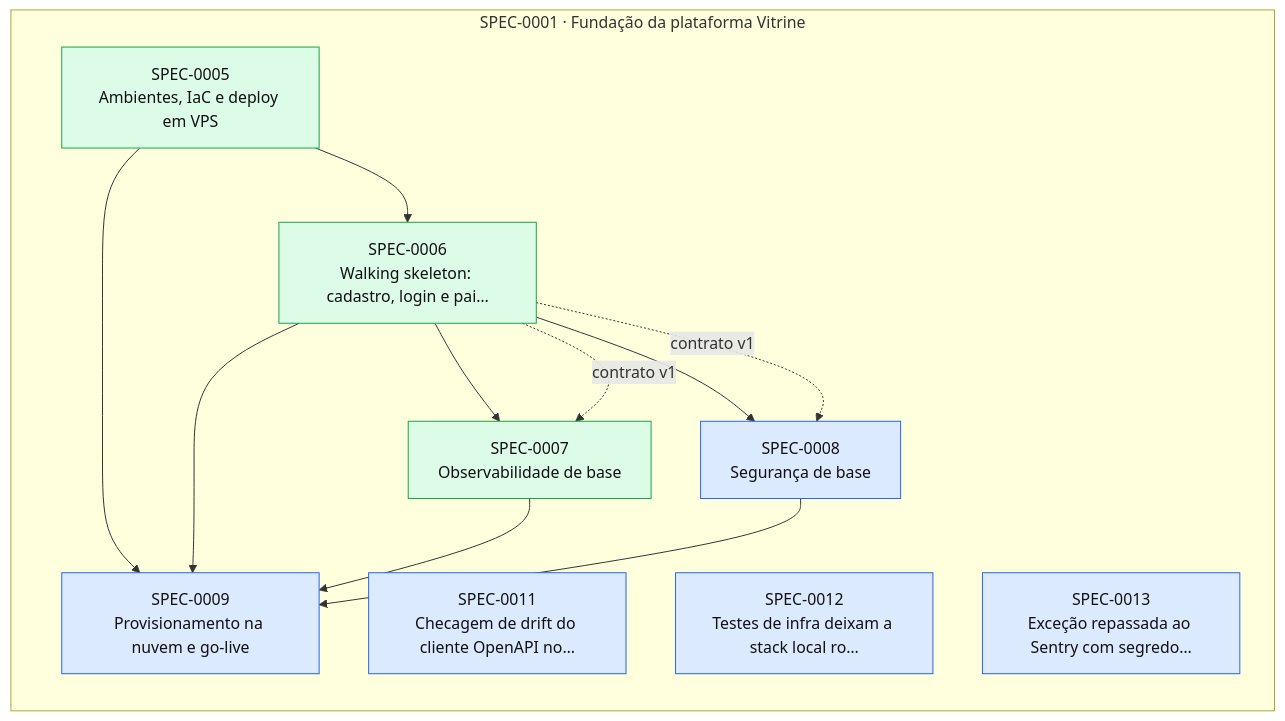
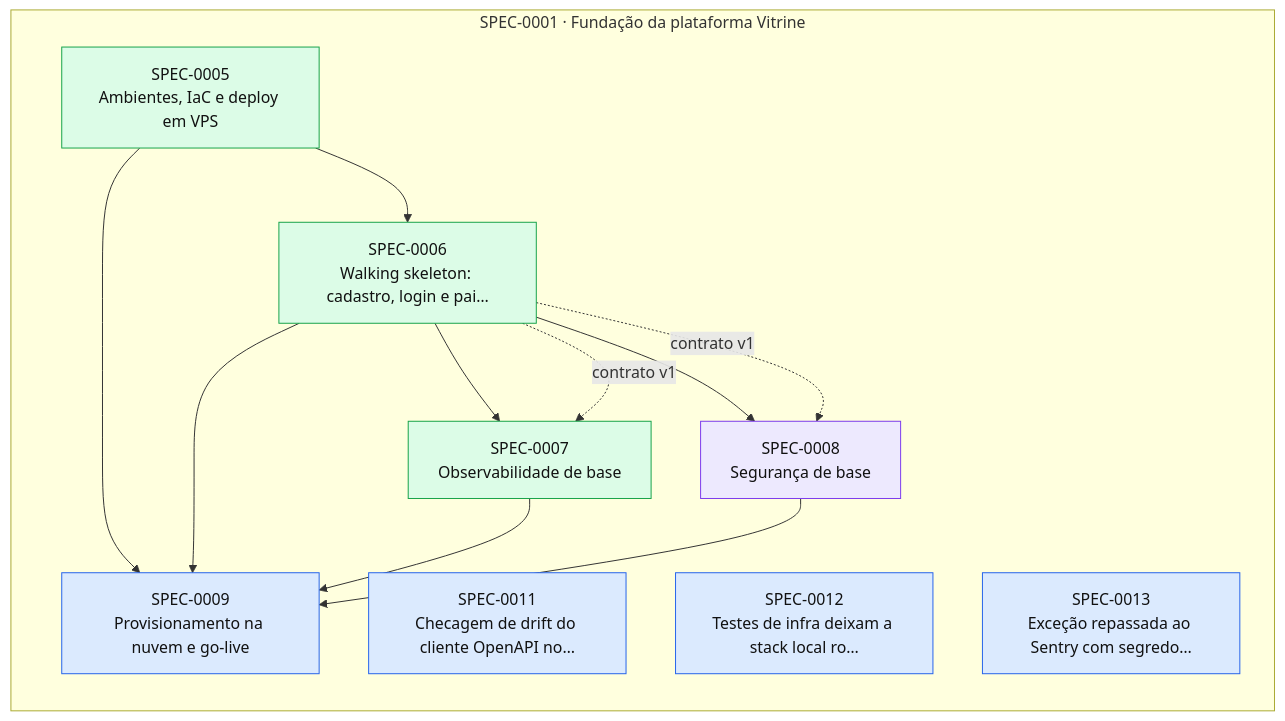
Before and after one commit to thomasravache/vitrine: the diagram in docs/specs/INDEX.md, drawn with Mermaid. The commit also changed other lines of this file and 2 other files, not shown here.

First line of the commit message:
docs(specs): emenda v1.1 da SPEC-0008 alinha escopo; ADR-0006 com a biblioteca de chaves

````diff
--- a/docs/specs/INDEX.md
+++ b/docs/specs/INDEX.md
@@ -60,27 +60,27 @@
 ```mermaid
 flowchart LR
   subgraph E0001["SPEC-0001 · Fundação da plataforma Vitrine"]
     S0005["SPEC-0005<br/>Ambientes, IaC e deploy em VPS"]:::implemented
     S0006["SPEC-0006<br/>Walking skeleton: cadastro, login e pai…"]:::implemented
     S0007["SPEC-0007<br/>Observabilidade de base"]:::implemented
-    S0008["SPEC-0008<br/>Segurança de base"]:::approved
+    S0008["SPEC-0008<br/>Segurança de base"]:::inprogress
     S0009["SPEC-0009<br/>Provisionamento na nuvem e go-live"]:::approved
     S0011["SPEC-0011<br/>Checagem de drift do cliente OpenAPI no…"]:::approved
     S0012["SPEC-0012<br/>Testes de infra deixam a stack local ro…"]:::approved
     S0013["SPEC-0013<br/>Exceção repassada ao Sentry com segredo…"]:::approved
   end
   S0005 --> S0006
   S0006 --> S0007
   S0006 -. contrato v1 .-> S0007
   S0006 --> S0008
   S0006 -. contrato v1 .-> S0008
   S0005 --> S0009
   S0006 --> S0009
   S0007 --> S0009
   S0008 --> S0009
   classDef proposed fill:#fef3c7,stroke:#d97706,color:#111
   classDef approved fill:#dbeafe,stroke:#2563eb,color:#111
   classDef inprogress fill:#ede9fe,stroke:#7c3aed,color:#111
   classDef implemented fill:#dcfce7,stroke:#16a34a,color:#111
   classDef deprecated fill:#f3f4f6,stroke:#9ca3af,color:#6b7280
 ```
````
